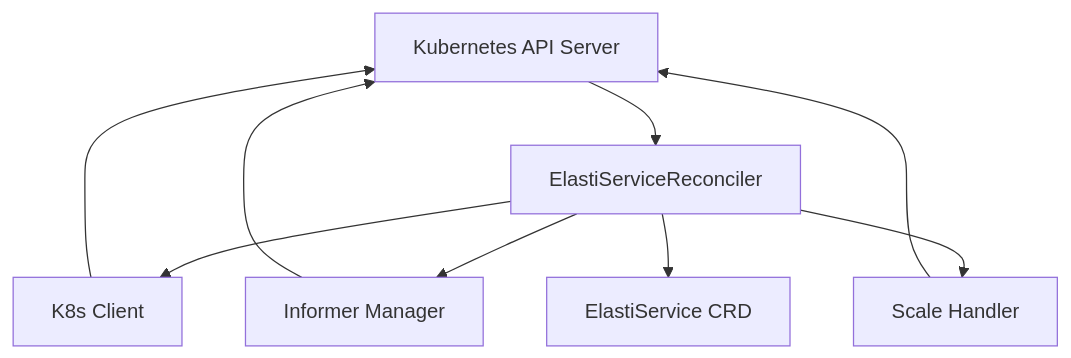
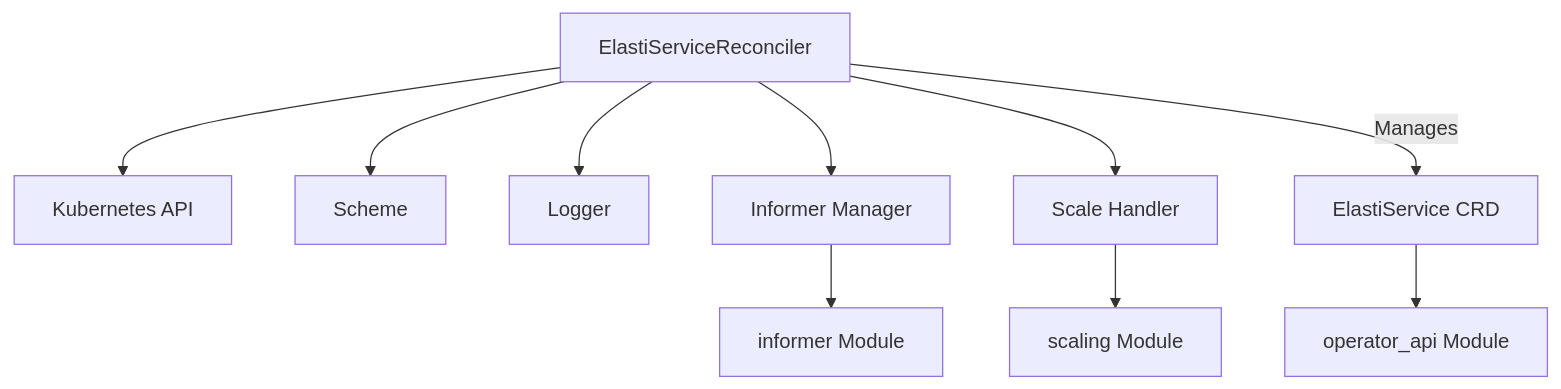
One commit to ShreyasPatel031/CodeWiki changed the diagram in demo/repos/KubeElasti/elastiservice_controller.md. Above: the diagram before and after it, drawn with Mermaid. The commit also changed other lines of this file and 55 other files, not shown here.

````diff
--- a/demo/repos/KubeElasti/elastiservice_controller.md
+++ b/demo/repos/KubeElasti/elastiservice_controller.md
@@ -46,16 +46,17 @@
 ```mermaid
 graph TD
-    A[Kubernetes API Server] --> B[ElastiServiceReconciler]
-    B --> C[K8s Client]
-    B --> D[Informer Manager]
-    B --> E[Scale Handler]
-    B --> F[ElastiService CRD]
-
-    C --> A
-    D --> A
-    E --> A
-
-    click D "operator_internal_informer.md" "View Informer Manager Documentation"
-    click E "pkg_scaling_scale_handler.md" "View Scale Handler Documentation"
-    click F "operator_api_v1alpha1.md" "View ElastiService CRD Documentation"
+    elastiservice_reconciler[ElastiServiceReconciler] --> kubernetes_api[Kubernetes API]
+    elastiservice_reconciler --> scheme[Scheme]
+    elastiservice_reconciler --> logger[Logger]
+    elastiservice_reconciler --> informer_manager[Informer Manager]
+    elastiservice_reconciler --> scale_handler[Scale Handler]
+    elastiservice_reconciler -- Manages --> elastiservice_crd[ElastiService CRD]
+    
+    informer_manager --> informer[informer Module]
+    scale_handler --> scaling[scaling Module]
+    elastiservice_crd --> operator_api[operator_api Module]
+    
+    click informer "informer.md" "View Informer Module"
+    click scaling "pkg_scaling.md" "View Pkg Scaling Module"
+    click operator_api "operator_api.md" "View Operator API Module"
 ```
````
